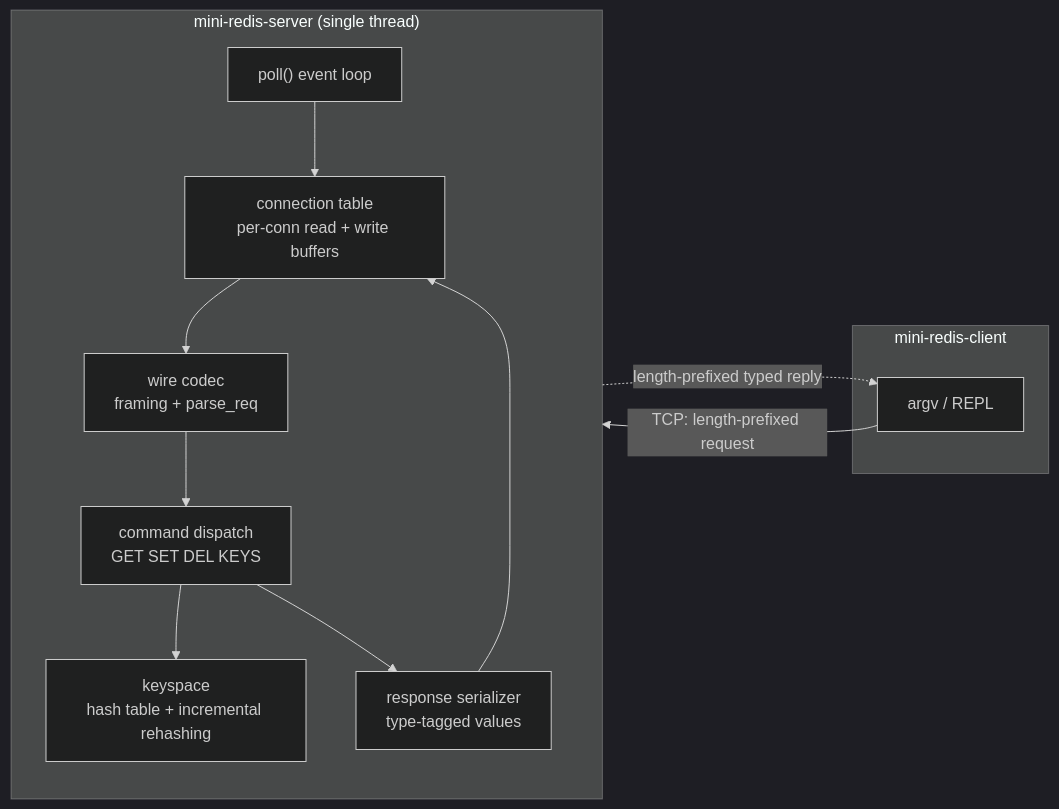
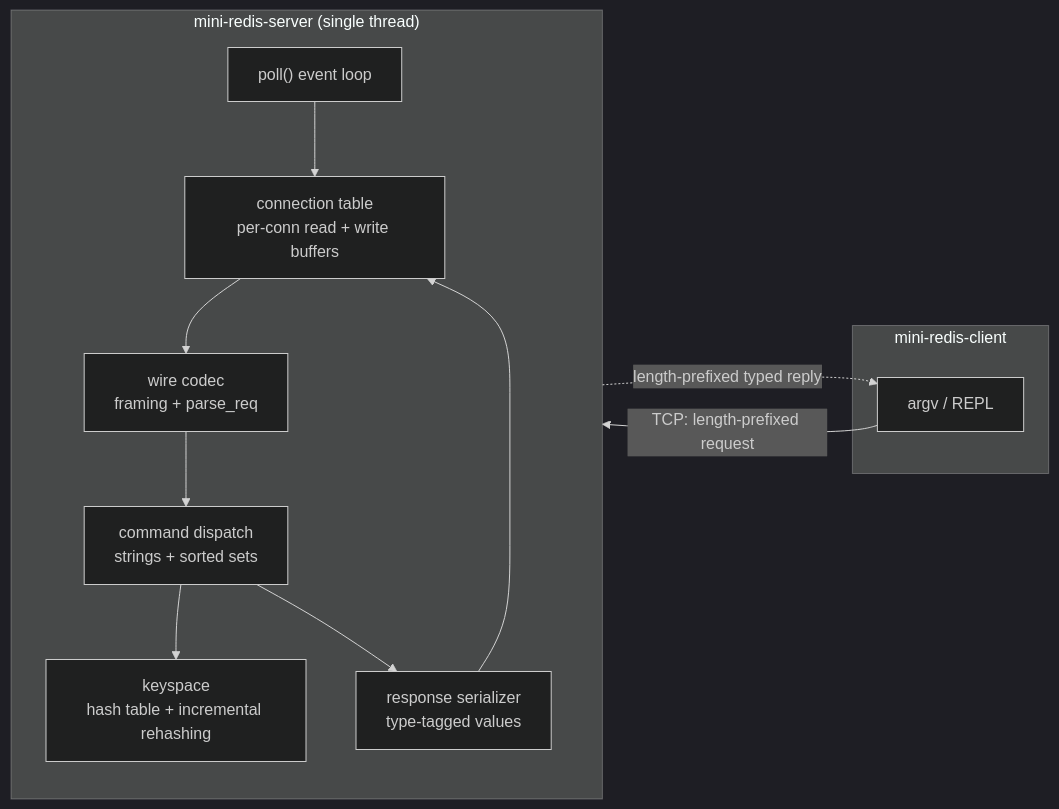
Before and after one commit to Rohitangshu2026/mini-redis: the first of 5 diagrams in README.md, drawn with Mermaid (dark theme). The commit also changed other lines of this file and 12 other files, not shown here.

First line of the commit message:
feat(ds): sorted set with range and rank queries

````diff
--- a/README.md
+++ b/README.md
@@ -75,26 +76,26 @@
 ```mermaid
 flowchart LR
     subgraph client["mini-redis-client"]
         CLI["argv / REPL"]
     end
 
     subgraph server["mini-redis-server (single thread)"]
         direction TB
         POLL["poll() event loop"]
         CONNS["connection table<br/>per-conn read + write buffers"]
         WIRE["wire codec<br/>framing + parse_req"]
-        DISP["command dispatch<br/>GET SET DEL KEYS"]
+        DISP["command dispatch<br/>strings + sorted sets"]
         SER["response serializer<br/>type-tagged values"]
         STORE["keyspace<br/>hash table + incremental rehashing"]
 
         POLL --> CONNS
         CONNS --> WIRE
         WIRE --> DISP
         DISP --> STORE
         DISP --> SER
         SER --> CONNS
     end
 
     CLI -->|"TCP: length-prefixed request"| POLL
     SER -.->|"length-prefixed typed reply"| CLI
 ```
````
